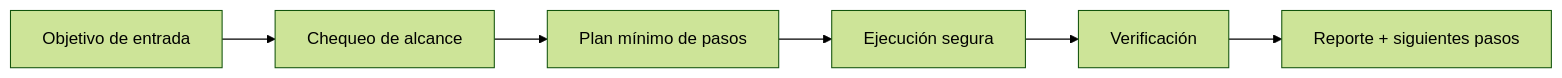
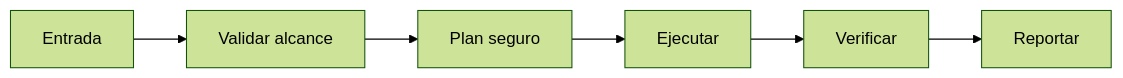
One commit to smouj/Aegis-Veil changed the diagram in README.es.md. Above: the diagram before and after it, drawn with Mermaid (forest theme). The commit also changed other lines of this file, not shown here.

Commit message:
docs: add Spanish README aligned with skill architecture

````diff
--- a/README.es.md
+++ b/README.es.md
@@ -20,8 +23,8 @@
 ```mermaid
 flowchart LR
-  A[Objetivo de entrada] --> B[Chequeo de alcance]
-  B --> C[Plan mínimo de pasos]
-  C --> D[Ejecución segura]
-  D --> E[Verificación]
-  E --> F[Reporte + siguientes pasos]
+  A[Entrada] --> B[Validar alcance]
+  B --> C[Plan seguro]
+  C --> D[Ejecutar]
+  D --> E[Verificar]
+  E --> F[Reportar]
 ```
````
